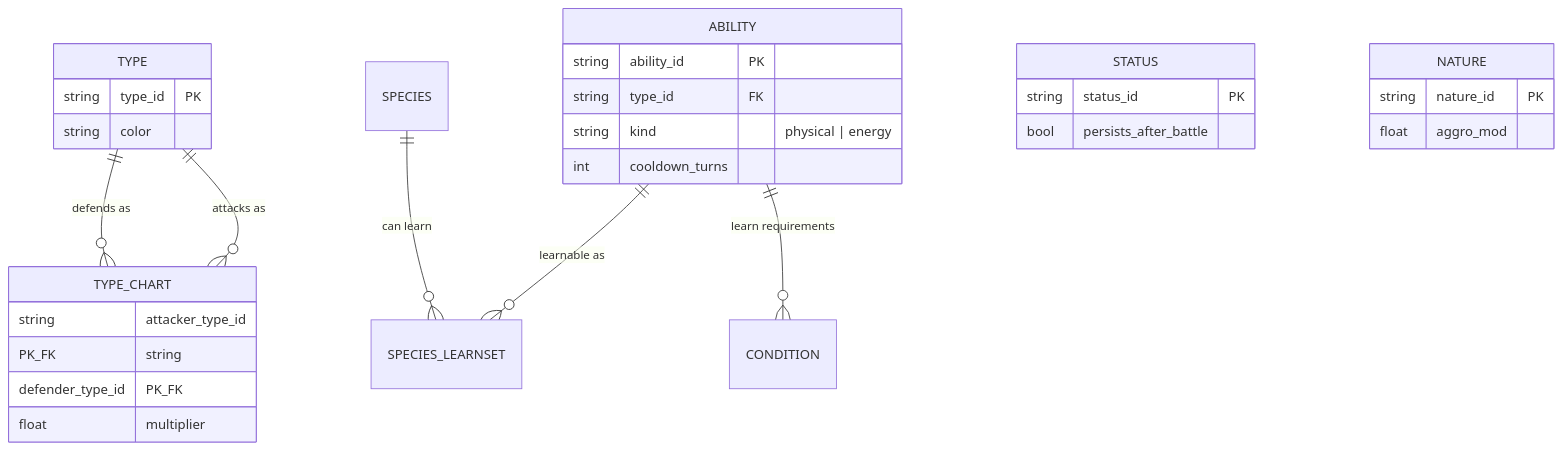
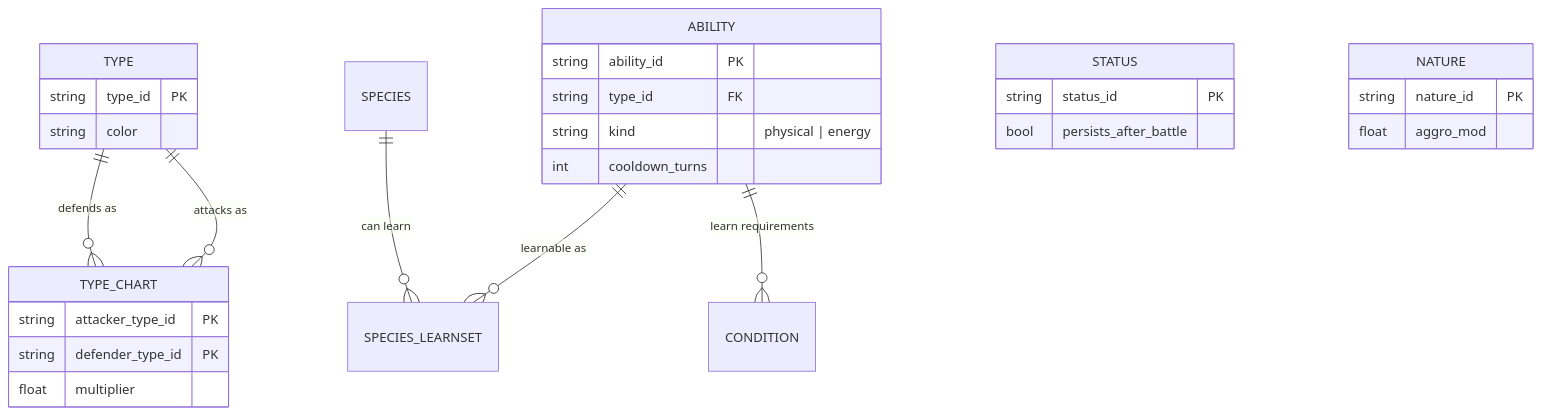
One commit to Intaria/mon-game changed the first of 4 diagrams in Docs/data/schema.md. Above: the diagram before and after it, drawn with Mermaid. The commit also changed other lines of this file, not shown here.

First line of the commit message:
docs(data): fix mermaid PK tokens and condition owner domains in schema

````diff
--- a/Docs/data/schema.md
+++ b/Docs/data/schema.md
@@ -40,31 +40,31 @@
 ```mermaid
 erDiagram
     TYPE ||--o{ TYPE_CHART : "attacks as"
     TYPE ||--o{ TYPE_CHART : "defends as"
     ABILITY ||--o{ SPECIES_LEARNSET : "learnable as"
     SPECIES ||--o{ SPECIES_LEARNSET : "can learn"
     ABILITY ||--o{ CONDITION : "learn requirements"
     ABILITY {
         string ability_id PK
         string type_id FK
         string kind "physical | energy"
         int cooldown_turns
     }
     TYPE {
         string type_id PK
         string color
     }
     TYPE_CHART {
-        string attacker_type_id PK_FK
-        string defender_type_id PK_FK
+        string attacker_type_id PK
+        string defender_type_id PK
         float multiplier
     }
     STATUS {
         string status_id PK
         bool persists_after_battle
     }
     NATURE {
         string nature_id PK
         float aggro_mod
     }
 ```
````
